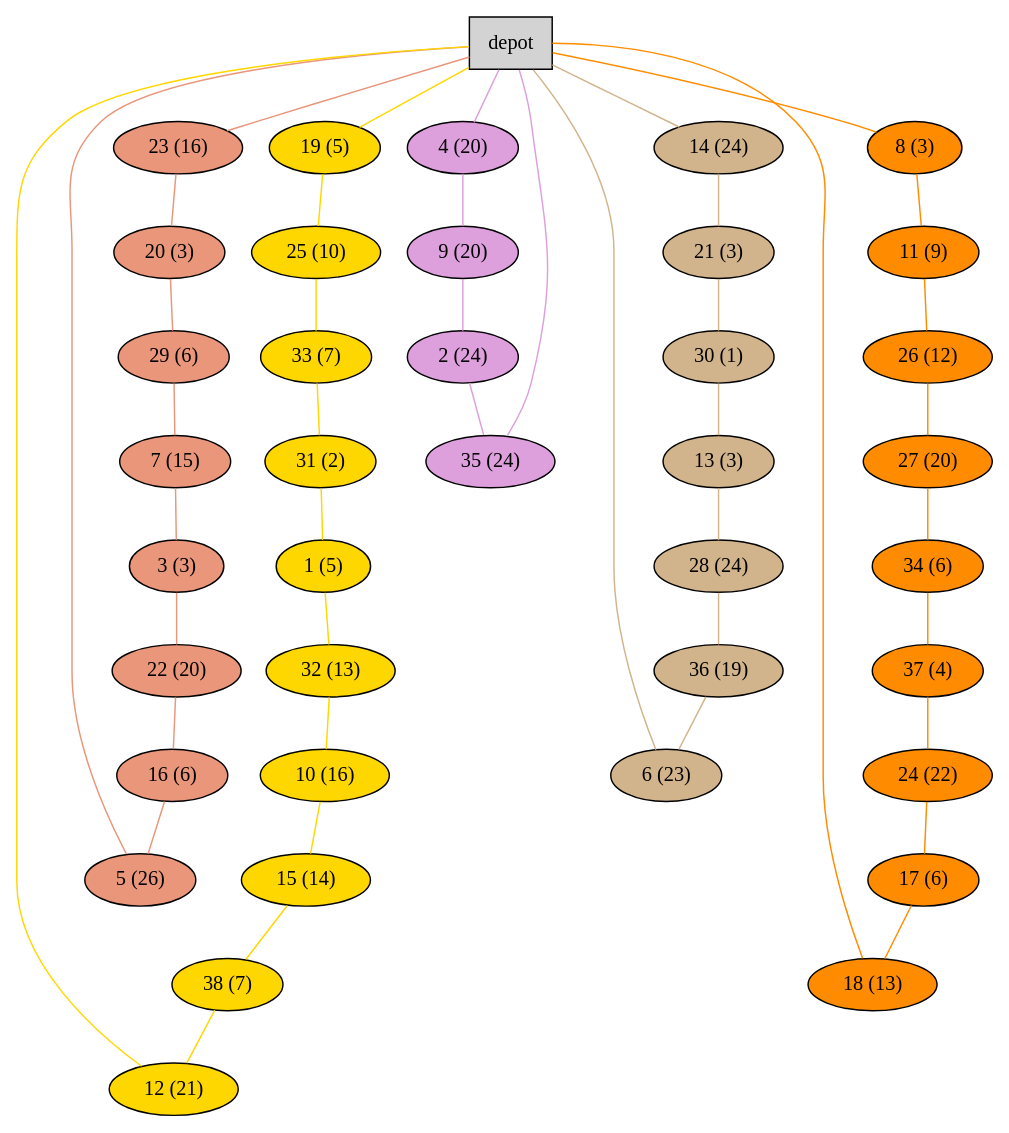
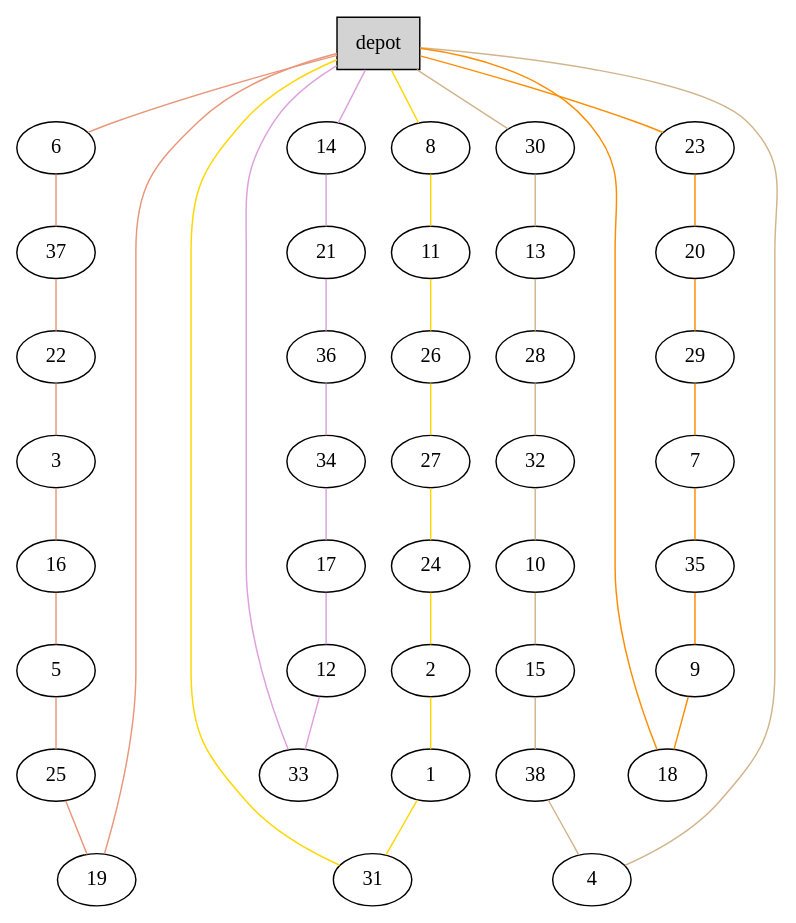
One commit to akheireddine/MAOA changed the diagram in Instances/A/plots_heuristics/A-n39-k5.vrp_G.dot. Above: the diagram before and after it, drawn with Graphviz. The commit also changed 329 other files, not shown here.

```diff
--- a/Instances/A/plots_heuristics/A-n39-k5.vrp_G.dot
+++ b/Instances/A/plots_heuristics/A-n39-k5.vrp_G.dot
@@ -1,84 +1,84 @@
 graph G {
   0[shape = box, label = "depot", style = filled ];
-  23[shape = ellipse, label = "23 (16)", style = filled , fillcolor = darksalmon ];
-  "0"--"23"[color = darksalmon];
-  20[shape = ellipse, label = "20 (3)", style = filled , fillcolor = darksalmon ];
-  "23"--"20"[color = darksalmon];
-  29[shape = ellipse, label = "29 (6)", style = filled , fillcolor = darksalmon ];
-  "20"--"29"[color = darksalmon];
-  7[shape = ellipse, label = "7 (15)", style = filled , fillcolor = darksalmon ];
-  "29"--"7"[color = darksalmon];
-  3[shape = ellipse, label = "3 (3)", style = filled , fillcolor = darksalmon ];
-  "7"--"3"[color = darksalmon];
-  22[shape = ellipse, label = "22 (20)", style = filled , fillcolor = darksalmon ];
-  "3"--"22"[color = darksalmon];
-  16[shape = ellipse, label = "16 (6)", style = filled , fillcolor = darksalmon ];
-  "22"--"16"[color = darksalmon];
-  5[shape = ellipse, label = "5 (26)", style = filled , fillcolor = darksalmon ];
+  6[shape = ellipse];
+  "0"--"6"[color = darksalmon];
+  37[shape = ellipse];
+  "6"--"37"[color = darksalmon];
+  22[shape = ellipse];
+  "37"--"22"[color = darksalmon];
+  3[shape = ellipse];
+  "22"--"3"[color = darksalmon];
+  16[shape = ellipse];
+  "3"--"16"[color = darksalmon];
+  5[shape = ellipse];
   "16"--"5"[color = darksalmon];
-  "5"--"0"[color = darksalmon];
-  19[shape = ellipse, label = "19 (5)", style = filled , fillcolor = gold ];
-  "0"--"19"[color = gold];
-  25[shape = ellipse, label = "25 (10)", style = filled , fillcolor = gold ];
-  "19"--"25"[color = gold];
-  33[shape = ellipse, label = "33 (7)", style = filled , fillcolor = gold ];
-  "25"--"33"[color = gold];
-  31[shape = ellipse, label = "31 (2)", style = filled , fillcolor = gold ];
-  "33"--"31"[color = gold];
-  1[shape = ellipse, label = "1 (5)", style = filled , fillcolor = gold ];
-  "31"--"1"[color = gold];
-  32[shape = ellipse, label = "32 (13)", style = filled , fillcolor = gold ];
-  "1"--"32"[color = gold];
-  10[shape = ellipse, label = "10 (16)", style = filled , fillcolor = gold ];
-  "32"--"10"[color = gold];
-  15[shape = ellipse, label = "15 (14)", style = filled , fillcolor = gold ];
-  "10"--"15"[color = gold];
-  38[shape = ellipse, label = "38 (7)", style = filled , fillcolor = gold ];
-  "15"--"38"[color = gold];
-  12[shape = ellipse, label = "12 (21)", style = filled , fillcolor = gold ];
-  "38"--"12"[color = gold];
-  "12"--"0"[color = gold];
-  4[shape = ellipse, label = "4 (20)", style = filled , fillcolor = plum ];
-  "0"--"4"[color = plum];
-  9[shape = ellipse, label = "9 (20)", style = filled , fillcolor = plum ];
-  "4"--"9"[color = plum];
-  2[shape = ellipse, label = "2 (24)", style = filled , fillcolor = plum ];
-  "9"--"2"[color = plum];
-  35[shape = ellipse, label = "35 (24)", style = filled , fillcolor = plum ];
-  "2"--"35"[color = plum];
-  "35"--"0"[color = plum];
-  14[shape = ellipse, label = "14 (24)", style = filled , fillcolor = tan ];
-  "0"--"14"[color = tan];
-  21[shape = ellipse, label = "21 (3)", style = filled , fillcolor = tan ];
-  "14"--"21"[color = tan];
-  30[shape = ellipse, label = "30 (1)", style = filled , fillcolor = tan ];
-  "21"--"30"[color = tan];
-  13[shape = ellipse, label = "13 (3)", style = filled , fillcolor = tan ];
+  25[shape = ellipse];
+  "5"--"25"[color = darksalmon];
+  19[shape = ellipse];
+  "25"--"19"[color = darksalmon];
+  "19"--"0"[color = darksalmon];
+  8[shape = ellipse];
+  "0"--"8"[color = gold];
+  11[shape = ellipse];
+  "8"--"11"[color = gold];
+  26[shape = ellipse];
+  "11"--"26"[color = gold];
+  27[shape = ellipse];
+  "26"--"27"[color = gold];
+  24[shape = ellipse];
+  "27"--"24"[color = gold];
+  2[shape = ellipse];
+  "24"--"2"[color = gold];
+  1[shape = ellipse];
+  "2"--"1"[color = gold];
+  31[shape = ellipse];
+  "1"--"31"[color = gold];
+  "31"--"0"[color = gold];
+  14[shape = ellipse];
+  "0"--"14"[color = plum];
+  21[shape = ellipse];
+  "14"--"21"[color = plum];
+  36[shape = ellipse];
+  "21"--"36"[color = plum];
+  34[shape = ellipse];
+  "36"--"34"[color = plum];
+  17[shape = ellipse];
+  "34"--"17"[color = plum];
+  12[shape = ellipse];
+  "17"--"12"[color = plum];
+  33[shape = ellipse];
+  "12"--"33"[color = plum];
+  "33"--"0"[color = plum];
+  30[shape = ellipse];
+  "0"--"30"[color = tan];
+  13[shape = ellipse];
   "30"--"13"[color = tan];
-  28[shape = ellipse, label = "28 (24)", style = filled , fillcolor = tan ];
+  28[shape = ellipse];
   "13"--"28"[color = tan];
-  36[shape = ellipse, label = "36 (19)", style = filled , fillcolor = tan ];
-  "28"--"36"[color = tan];
-  6[shape = ellipse, label = "6 (23)", style = filled , fillcolor = tan ];
-  "36"--"6"[color = tan];
-  "6"--"0"[color = tan];
-  8[shape = ellipse, label = "8 (3)", style = filled , fillcolor = darkorange ];
-  "0"--"8"[color = darkorange];
-  11[shape = ellipse, label = "11 (9)", style = filled , fillcolor = darkorange ];
-  "8"--"11"[color = darkorange];
-  26[shape = ellipse, label = "26 (12)", style = filled , fillcolor = darkorange ];
-  "11"--"26"[color = darkorange];
-  27[shape = ellipse, label = "27 (20)", style = filled , fillcolor = darkorange ];
-  "26"--"27"[color = darkorange];
-  34[shape = ellipse, label = "34 (6)", style = filled , fillcolor = darkorange ];
-  "27"--"34"[color = darkorange];
-  37[shape = ellipse, label = "37 (4)", style = filled , fillcolor = darkorange ];
-  "34"--"37"[color = darkorange];
-  24[shape = ellipse, label = "24 (22)", style = filled , fillcolor = darkorange ];
-  "37"--"24"[color = darkorange];
-  17[shape = ellipse, label = "17 (6)", style = filled , fillcolor = darkorange ];
-  "24"--"17"[color = darkorange];
-  18[shape = ellipse, label = "18 (13)", style = filled , fillcolor = darkorange ];
-  "17"--"18"[color = darkorange];
+  32[shape = ellipse];
+  "28"--"32"[color = tan];
+  10[shape = ellipse];
+  "32"--"10"[color = tan];
+  15[shape = ellipse];
+  "10"--"15"[color = tan];
+  38[shape = ellipse];
+  "15"--"38"[color = tan];
+  4[shape = ellipse];
+  "38"--"4"[color = tan];
+  "4"--"0"[color = tan];
+  23[shape = ellipse];
+  "0"--"23"[color = darkorange];
+  20[shape = ellipse];
+  "23"--"20"[color = darkorange];
+  29[shape = ellipse];
+  "20"--"29"[color = darkorange];
+  7[shape = ellipse];
+  "29"--"7"[color = darkorange];
+  35[shape = ellipse];
+  "7"--"35"[color = darkorange];
+  9[shape = ellipse];
+  "35"--"9"[color = darkorange];
+  18[shape = ellipse];
+  "9"--"18"[color = darkorange];
   "18"--"0"[color = darkorange];
 }
```
